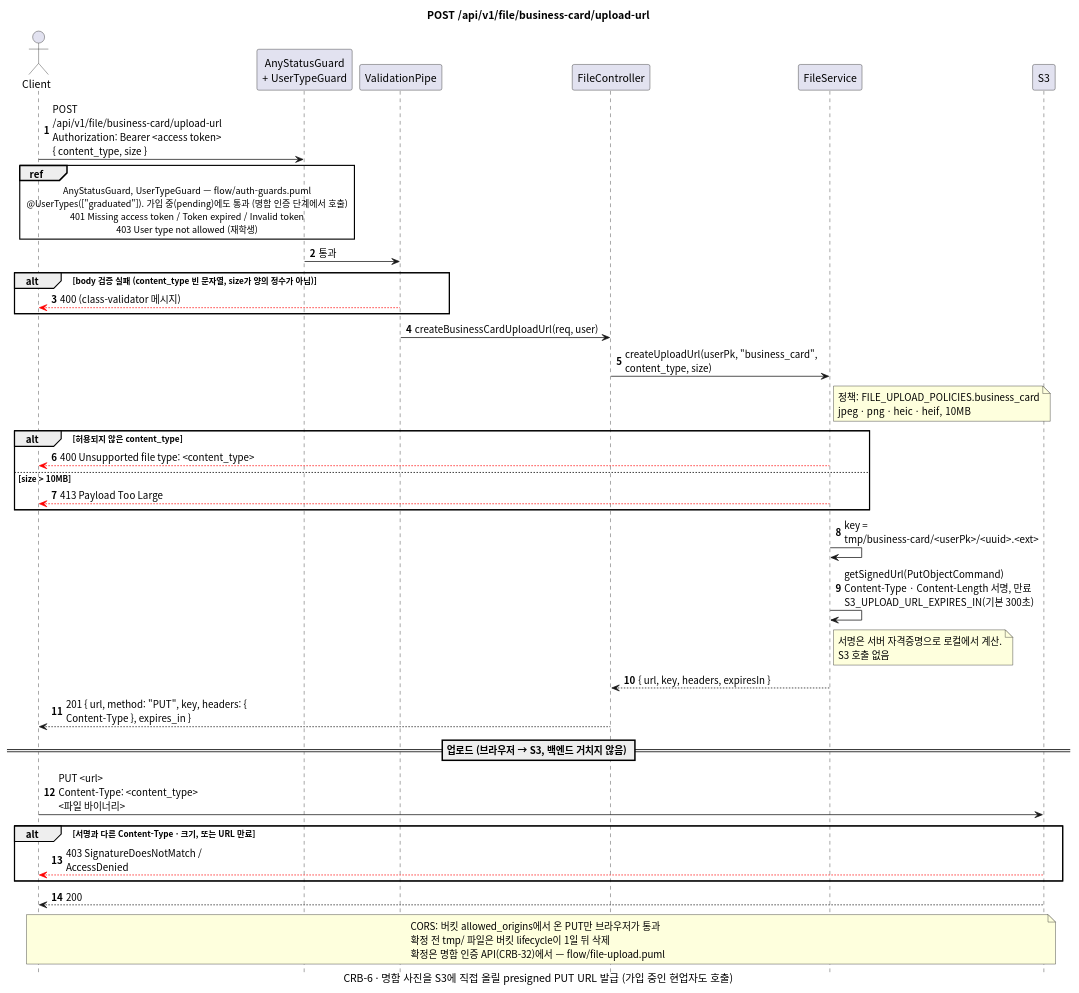
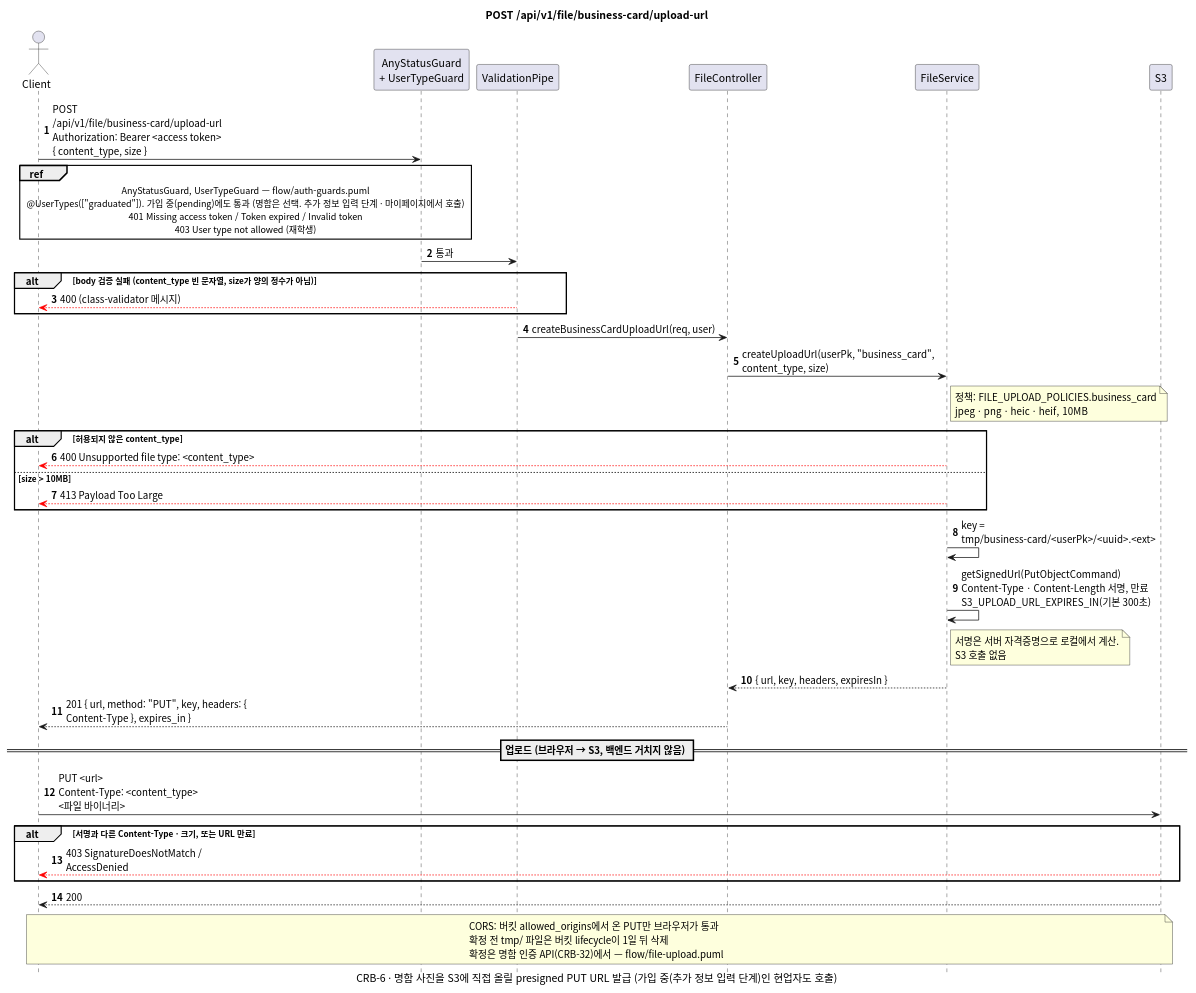
Before and after one commit to gsainfoteam/cheers-be: the diagram in docs/sequence/file/post-business-card-upload-url.puml, drawn with PlantUML. The commit also changed 12 other files, not shown here.

Commit message:
- docs: update sequence diagrams for graduated signup without verify (CRB-107)

```diff
--- a/docs/sequence/file/post-business-card-upload-url.puml
+++ b/docs/sequence/file/post-business-card-upload-url.puml
@@ -1,64 +1,64 @@
 @startuml post-business-card-upload-url
 skinparam defaultFontName "Apple SD Gothic Neo", "Noto Sans CJK KR", sans-serif
 skinparam responseMessageBelowArrow true
 skinparam sequenceMessageAlign left
 skinparam maxMessageSize 260
 skinparam BoxPadding 8
 skinparam shadowing false
 autonumber
 hide footbox
 
 title POST /api/v1/file/business-card/upload-url
-caption CRB-6 · 명함 사진을 S3에 직접 올릴 presigned PUT URL 발급 (가입 중인 현업자도 호출)
+caption CRB-6 · 명함 사진을 S3에 직접 올릴 presigned PUT URL 발급 (가입 중(추가 정보 입력 단계)인 현업자도 호출)
 
 actor Client
 participant "AnyStatusGuard\n+ UserTypeGuard" as Guard
 participant "ValidationPipe" as Pipe
 participant "FileController" as Controller
 participant "FileService" as Service
 participant "S3"
 
 Client -> Guard: POST /api/v1/file/business-card/upload-url\nAuthorization: Bearer <access token>\n{ content_type, size }
 ref over Client, Guard
   AnyStatusGuard, UserTypeGuard — flow/auth-guards.puml
-  @UserTypes(["graduated"]). 가입 중(pending)에도 통과 (명함 인증 단계에서 호출)
+  @UserTypes(["graduated"]). 가입 중(pending)에도 통과 (명함은 선택. 추가 정보 입력 단계 · 마이페이지에서 호출)
   401 Missing access token / Token expired / Invalid token
   403 User type not allowed (재학생)
 end ref
 Guard -> Pipe: 통과
 alt body 검증 실패 (content_type 빈 문자열, size가 양의 정수가 아님)
   Pipe -[#red]-> Client: 400 (class-validator 메시지)
 end
 Pipe -> Controller: createBusinessCardUploadUrl(req, user)
 Controller -> Service: createUploadUrl(userPk, "business_card", content_type, size)
 note right of Service: 정책: FILE_UPLOAD_POLICIES.business_card\njpeg · png · heic · heif, 10MB
 
 alt 허용되지 않은 content_type
   Service -[#red]-> Client: 400 Unsupported file type: <content_type>
 else size > 10MB
   Service -[#red]-> Client: 413 Payload Too Large
 end
 
 Service -> Service: key = tmp/business-card/<userPk>/<uuid>.<ext>
 Service -> Service: getSignedUrl(PutObjectCommand)\nContent-Type · Content-Length 서명, 만료 S3_UPLOAD_URL_EXPIRES_IN(기본 300초)
 note right of Service
   서명은 서버 자격증명으로 로컬에서 계산.
   S3 호출 없음
 end note
 Service --> Controller: { url, key, headers, expiresIn }
 Controller --> Client: 201 { url, method: "PUT", key, headers: { Content-Type }, expires_in }
 
 == 업로드 (브라우저 → S3, 백엔드 거치지 않음) ==
 
 Client -> S3: PUT <url>\nContent-Type: <content_type>\n<파일 바이너리>
 alt 서명과 다른 Content-Type · 크기, 또는 URL 만료
   S3 -[#red]-> Client: 403 SignatureDoesNotMatch / AccessDenied
 end
 S3 --> Client: 200
 note over Client, S3
   CORS: 버킷 allowed_origins에서 온 PUT만 브라우저가 통과
   확정 전 tmp/ 파일은 버킷 lifecycle이 1일 뒤 삭제
   확정은 명함 인증 API(CRB-32)에서 — flow/file-upload.puml
 end note
 
 @enduml
```
